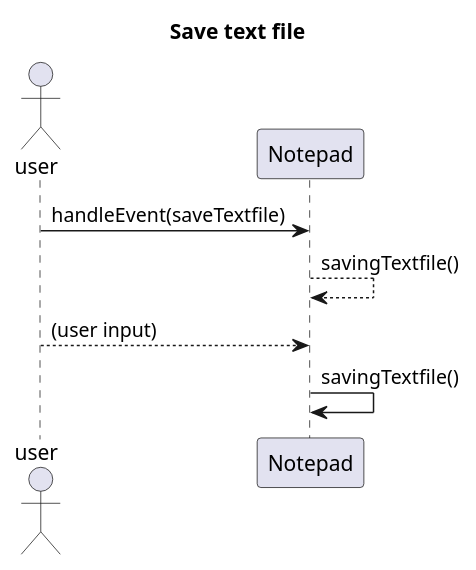
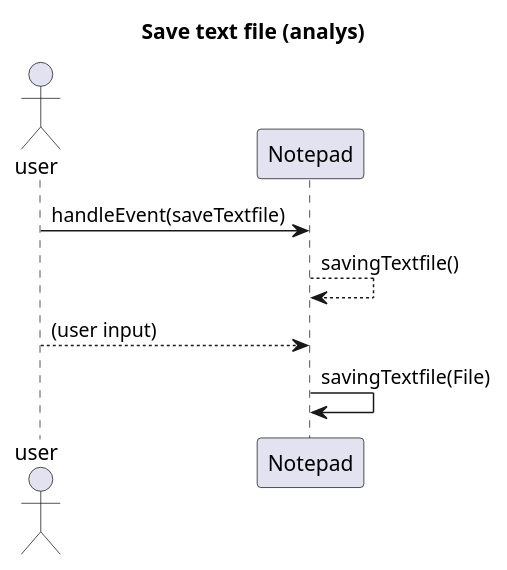
One commit to Oliverpe/ISGC08 changed the diagram in laboration1/sekvense-save-diagram.pu. Above: the diagram before and after it, drawn with PlantUML. The commit also changed 5 other files, not shown here.

Commit message:
fixat analys diagramen

```diff
--- a/laboration1/sekvense-save-diagram.pu
+++ b/laboration1/sekvense-save-diagram.pu
@@ -1,15 +1,15 @@
 @startuml
 
-title Save text file 
+title Save text file (analys)
 
 actor "user" as u
 participant "Notepad" as n
 
 
 u-> n : handleEvent(saveTextfile)
 n --> n: savingTextfile()
 u --> n: (user input)
-n -> n : savingTextfile()
+n -> n : savingTextfile(File)
 
 
 @enduml
```
